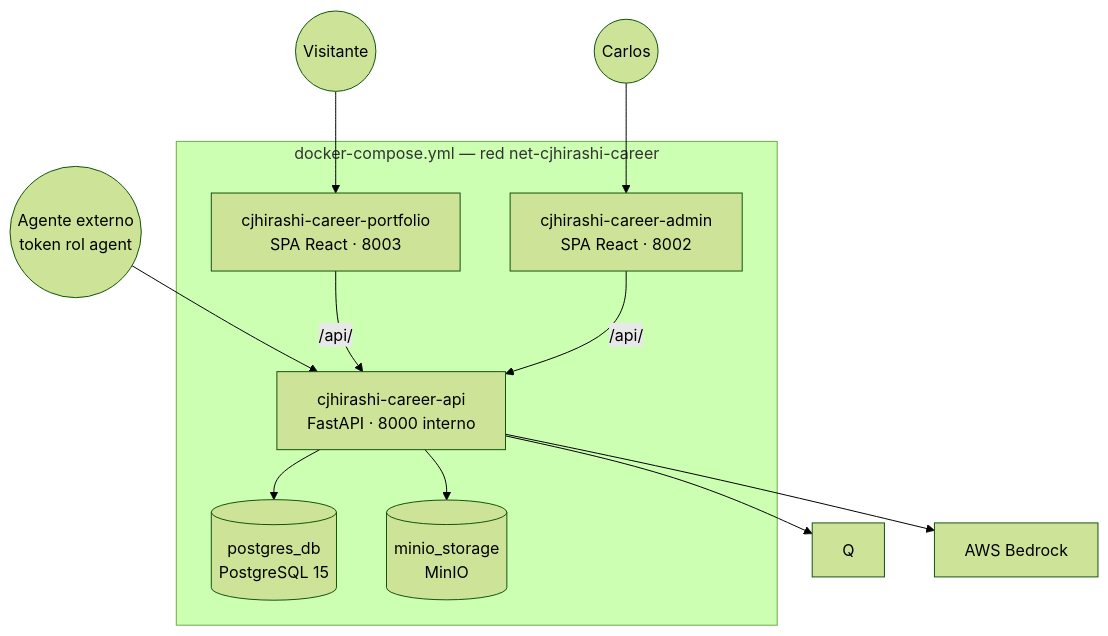
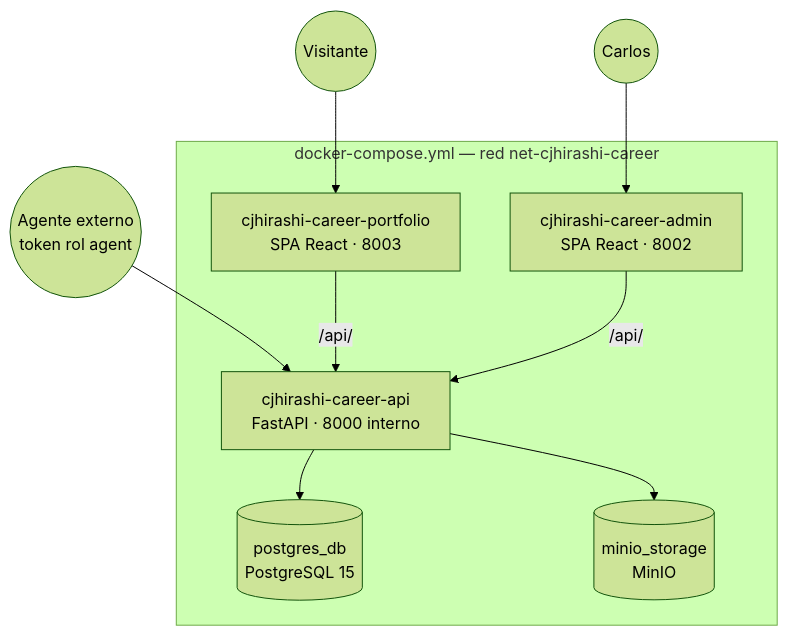
Before and after one commit to cjhirashi/cjhirashi-career: the diagram in docs/05-BUILDING-BLOCK-VIEW.md, drawn with Mermaid (forest theme). The commit also changed other lines of this file and 82 other files, not shown here.

````diff
--- a/docs/05-BUILDING-BLOCK-VIEW.md
+++ b/docs/05-BUILDING-BLOCK-VIEW.md
@@ -14,21 +12,19 @@
 ```mermaid
 graph TB
     Visitante((Visitante)) --> Portal
     Carlos((Carlos)) --> Admin
     Agente((Agente externo<br/>token rol agent)) --> API
 
     subgraph Compose["docker-compose.yml — red net-cjhirashi-career"]
         Portal["cjhirashi-career-portfolio<br/>SPA React · 8003"]
         Admin["cjhirashi-career-admin<br/>SPA React · 8002"]
         API["cjhirashi-career-api<br/>FastAPI · 8000 interno"]
         PG[("postgres_db<br/>PostgreSQL 15")]
         S3[("minio_storage<br/>MinIO")]
     end
 
     Portal -->|/api/| API
     Admin -->|/api/| API
     API --> PG
     API --> S3
-    API --> Q
-    API --> AWS["AWS Bedrock"]
 ```
````
